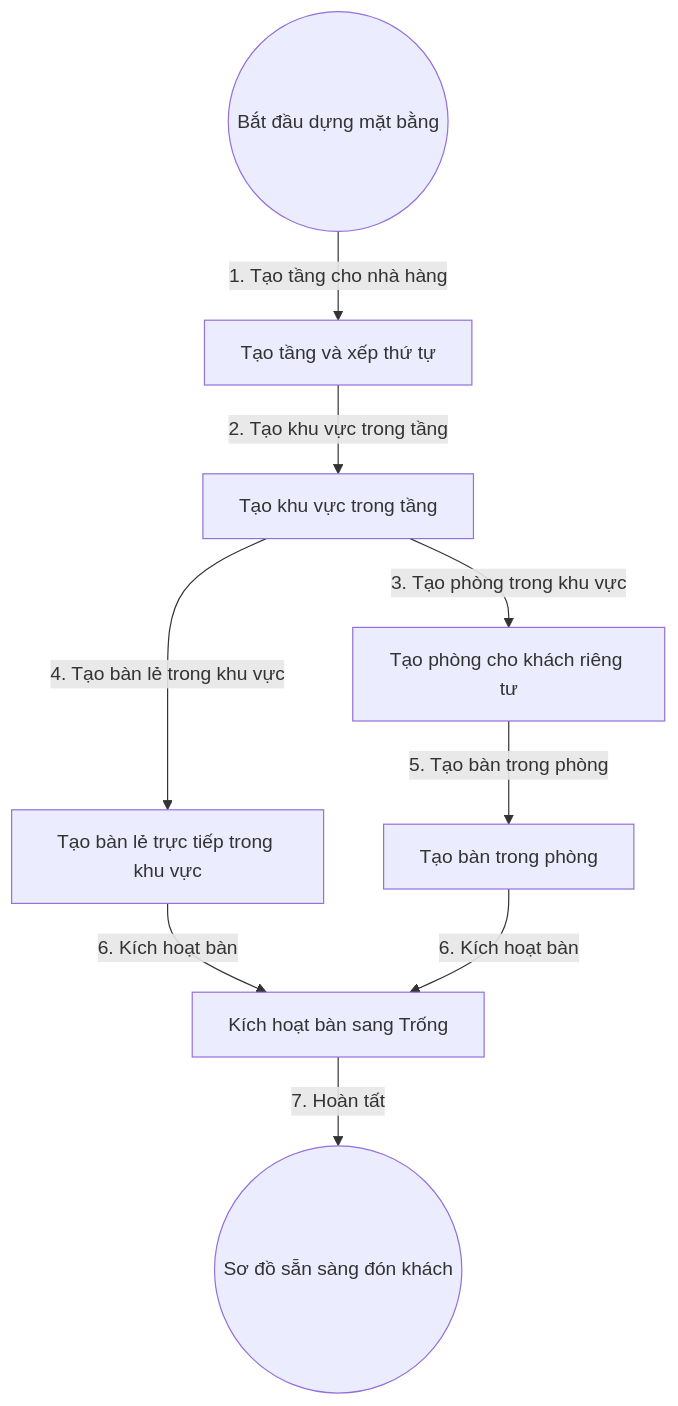
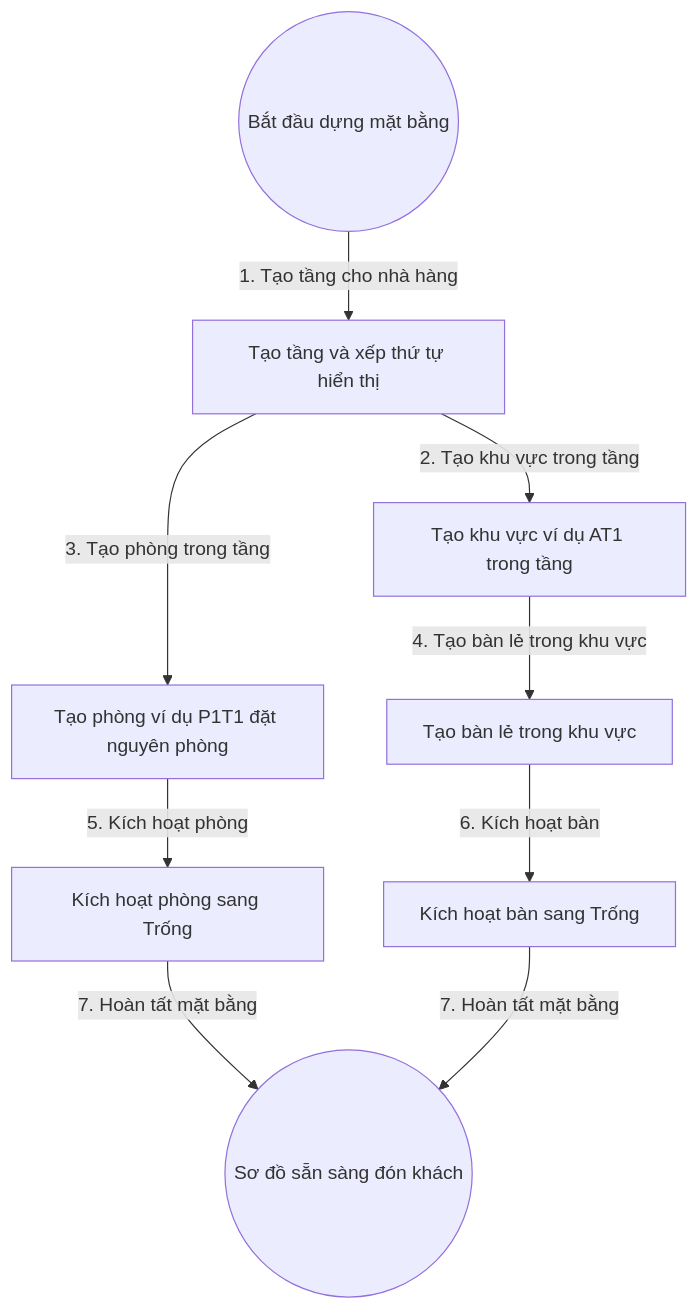
One commit to BrrrBrrpatabim26/dmechoson changed the diagram in flowchart/02.Quan_ly_he_thong_da_cap/4.Quan_ly_mat_bang.md. Above: the diagram before and after it, drawn with Mermaid. The commit also changed other lines of this file and 7 other files, not shown here.

````diff
--- a/flowchart/02.Quan_ly_he_thong_da_cap/4.Quan_ly_mat_bang.md
+++ b/flowchart/02.Quan_ly_he_thong_da_cap/4.Quan_ly_mat_bang.md
@@ -24,11 +26,11 @@
 ```mermaid
 graph TD
-  BatDau((Bắt đầu dựng mặt bằng))-->|1. Tạo tầng cho nhà hàng| TaoTang[Tạo tầng và xếp thứ tự]
-  TaoTang-->|2. Tạo khu vực trong tầng| TaoKhu[Tạo khu vực trong tầng]
-  TaoKhu-->|3. Tạo phòng trong khu vực| TaoPhong[Tạo phòng cho khách riêng tư]
-  TaoKhu-->|4. Tạo bàn lẻ trong khu vực| TaoBanLe[Tạo bàn lẻ trực tiếp trong khu vực]
-  TaoPhong-->|5. Tạo bàn trong phòng| TaoBanPhong[Tạo bàn trong phòng]
+  BatDau((Bắt đầu dựng mặt bằng))-->|1. Tạo tầng cho nhà hàng| TaoTang[Tạo tầng và xếp thứ tự hiển thị]
+  TaoTang-->|2. Tạo khu vực trong tầng| TaoKhu[Tạo khu vực ví dụ AT1 trong tầng]
+  TaoTang-->|3. Tạo phòng trong tầng| TaoPhong[Tạo phòng ví dụ P1T1 đặt nguyên phòng]
+  TaoKhu-->|4. Tạo bàn lẻ trong khu vực| TaoBanLe[Tạo bàn lẻ trong khu vực]
+  TaoPhong-->|5. Kích hoạt phòng| KichPhong[Kích hoạt phòng sang Trống]
   TaoBanLe-->|6. Kích hoạt bàn| KichHoat[Kích hoạt bàn sang Trống]
-  TaoBanPhong-->|6. Kích hoạt bàn| KichHoat
-  KichHoat-->|7. Hoàn tất| KetThuc((Sơ đồ sẵn sàng đón khách))
+  KichPhong-->|7. Hoàn tất mặt bằng| KetThuc((Sơ đồ sẵn sàng đón khách))
+  KichHoat-->|7. Hoàn tất mặt bằng| KetThuc
 ```
````
